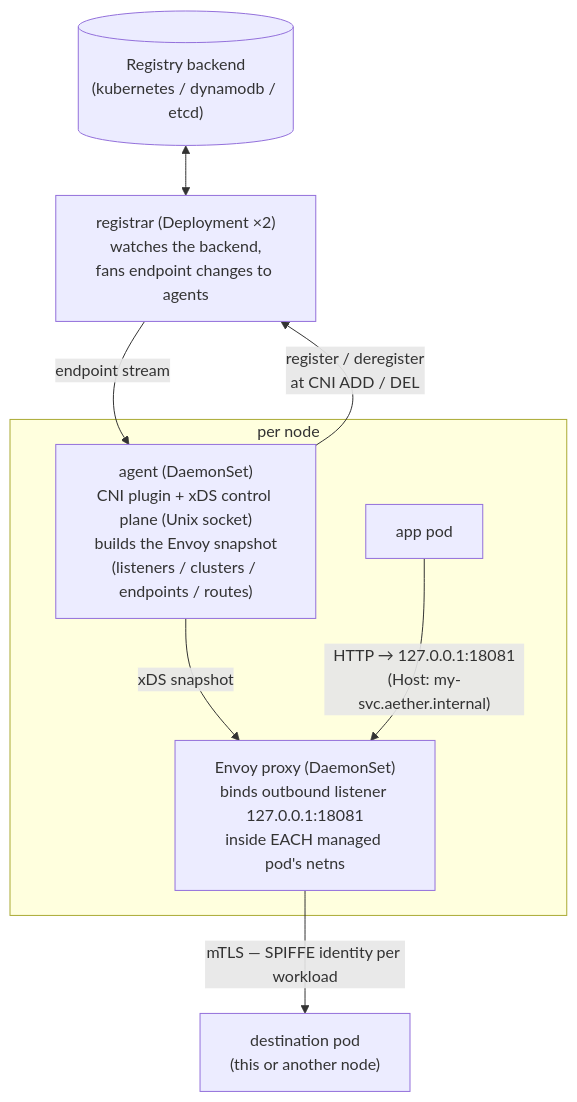
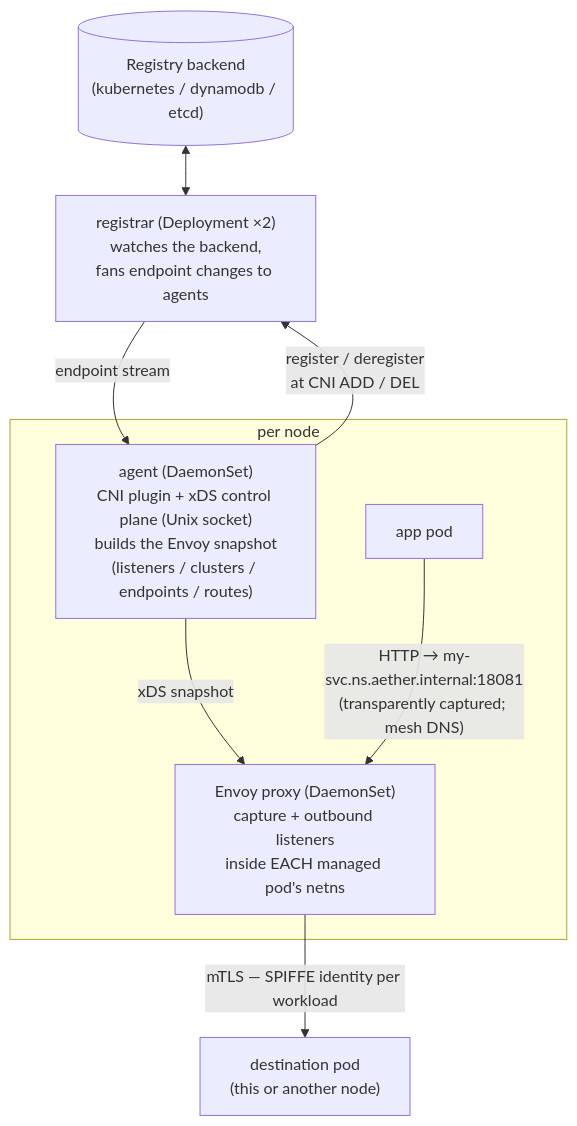
One commit to bpalermo/aether changed the diagram in docs/getting-started.md. Above: the diagram before and after it, drawn with Mermaid. The commit also changed other lines of this file and 3 other files, not shown here.

````diff
--- a/docs/getting-started.md
+++ b/docs/getting-started.md
@@ -36,18 +41,18 @@
 ```mermaid
 flowchart TB
     backend[("Registry backend<br/>(kubernetes / dynamodb / etcd)")]
     registrar["registrar (Deployment ×2)<br/>watches the backend,<br/>fans endpoint changes to agents"]
     backend <--> registrar
 
     subgraph node["per node"]
         agent["agent (DaemonSet)<br/>CNI plugin + xDS control plane (Unix socket)<br/>builds the Envoy snapshot<br/>(listeners / clusters / endpoints / routes)"]
-        proxy["Envoy proxy (DaemonSet)<br/>binds outbound listener 127.0.0.1:18081<br/>inside EACH managed pod's netns"]
+        proxy["Envoy proxy (DaemonSet)<br/>capture + outbound listeners<br/>inside EACH managed pod's netns"]
         app["app pod"]
         agent -->|xDS snapshot| proxy
-        app -->|"HTTP → 127.0.0.1:18081<br/>(Host: my-svc.aether.internal)"| proxy
+        app -->|"HTTP → my-svc.ns.aether.internal:18081<br/>(transparently captured; mesh DNS)"| proxy
     end
 
     agent -->|"register / deregister<br/>at CNI ADD / DEL"| registrar
     registrar -->|endpoint stream| agent
     proxy -->|"mTLS — SPIFFE identity per workload"| dest["destination pod<br/>(this or another node)"]
 ```
````
